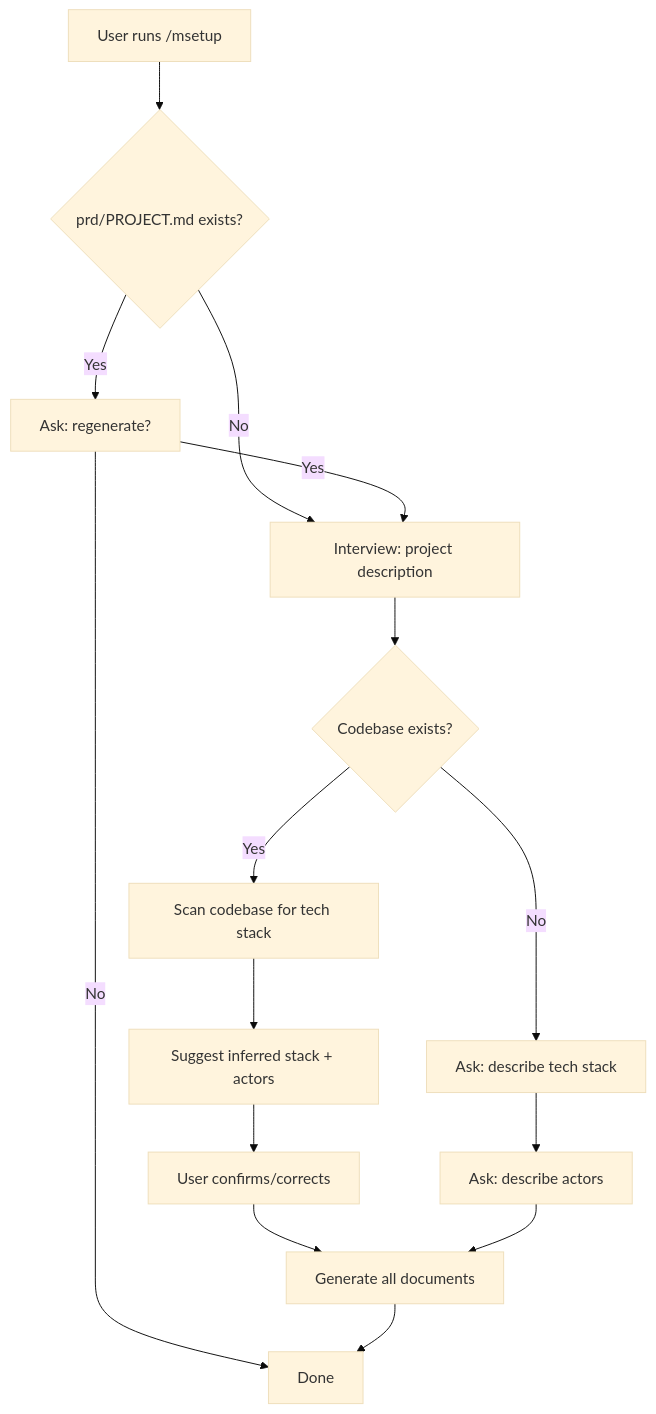
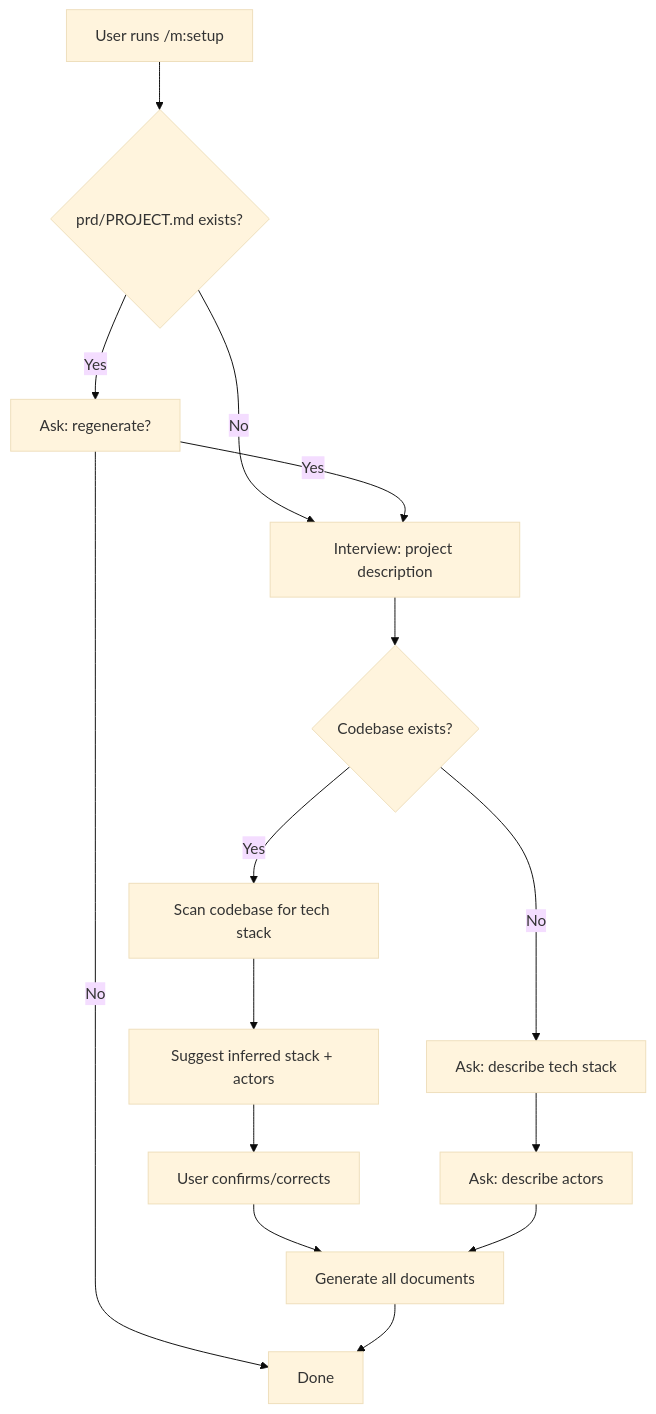
The first of 5 diagrams in prd/specs/20260317-0316-v3_spec_system/spec.md (MolcajeteAI/plugin), drawn with Mermaid (base theme) before and after one commit. The commit also changed other lines of this file and 2 other files, not shown here.

First line of the commit message:
Updates PRD docs to use /m:command naming

````diff
--- a/prd/specs/20260317-0316-v3_spec_system/spec.md
+++ b/prd/specs/20260317-0316-v3_spec_system/spec.md
@@ -723,17 +647,17 @@
 ```mermaid
 flowchart TD
-    A["User runs /msetup"] --> B{"prd/PROJECT.md exists?"}
+    A["User runs /m:setup"] --> B{"prd/PROJECT.md exists?"}
     B -->|Yes| C["Ask: regenerate?"]
     B -->|No| D["Interview: project description"]
     C -->|Yes| D
     C -->|No| Z["Done"]
     D --> E{"Codebase exists?"}
     E -->|Yes| F["Scan codebase for tech stack"]
     F --> G["Suggest inferred stack + actors"]
     G --> H["User confirms/corrects"]
     E -->|No| I["Ask: describe tech stack"]
     I --> J["Ask: describe actors"]
     H --> K["Generate all documents"]
     J --> K
     K --> Z
 ```
````
